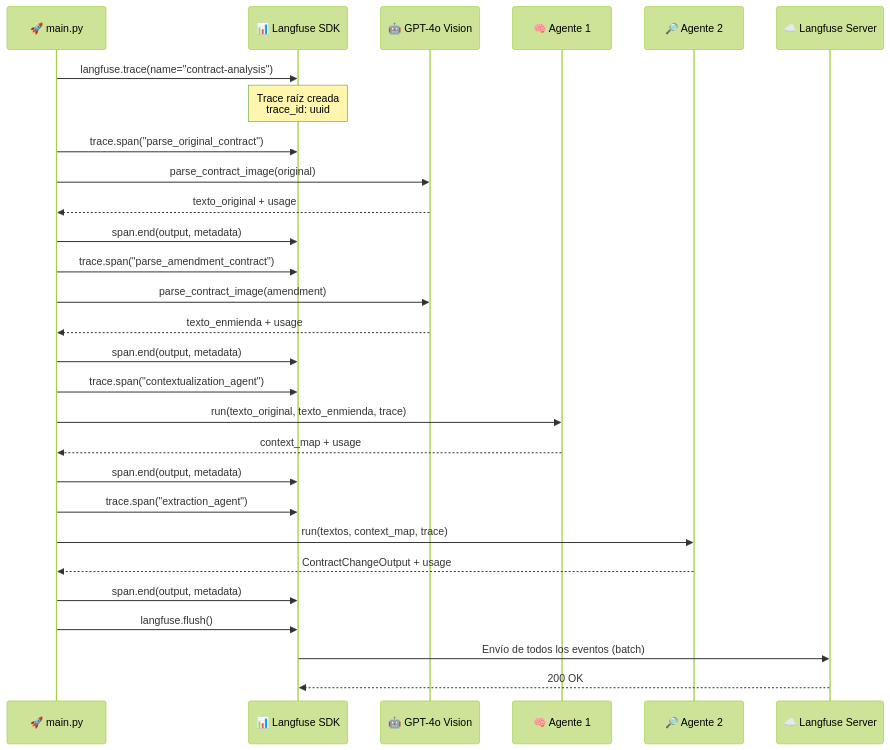
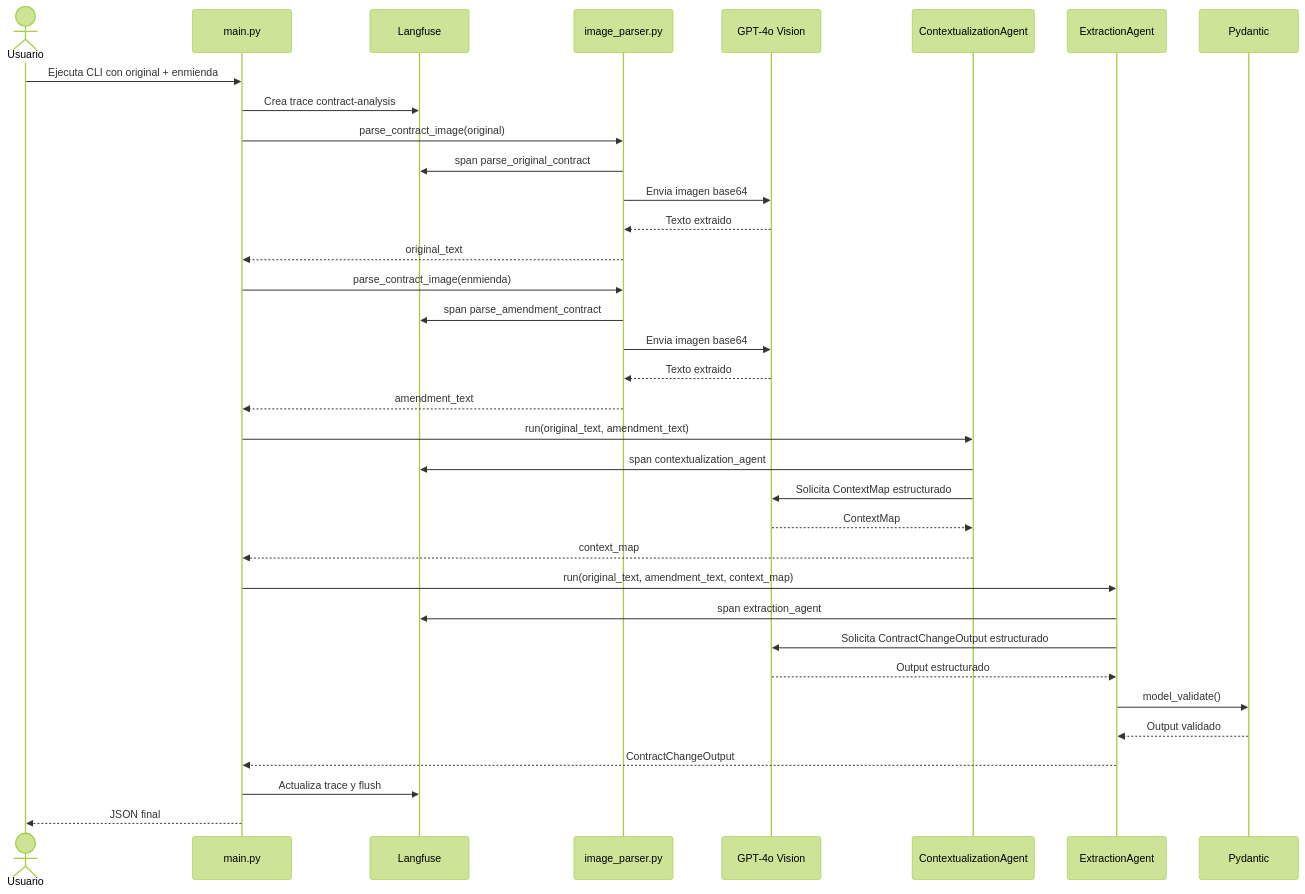
Before and after one commit to oriasmauro/henry-aem4: the second of 2 diagrams in README.md, drawn with Mermaid (forest theme). The commit also changed other lines of this file and 9 other files, not shown here.

````diff
--- a/README.md
+++ b/README.md
@@ -426,36 +66,43 @@
 ```mermaid
 sequenceDiagram
-    participant MAIN as 🚀 main.py
-    participant LF as 📊 Langfuse SDK
-    participant GPT as 🤖 GPT-4o Vision
-    participant AG1 as 🧠 Agente 1
-    participant AG2 as 🔎 Agente 2
-    participant SERVER as ☁️ Langfuse Server
+    actor U as Usuario
+    participant M as main.py
+    participant L as Langfuse
+    participant P as image_parser.py
+    participant O as GPT-4o Vision
+    participant C as ContextualizationAgent
+    participant E as ExtractionAgent
+    participant V as Pydantic
 
-    MAIN->>LF: langfuse.trace(name="contract-analysis")
-    Note over LF: Trace raíz creada<br/>trace_id: uuid
+    U->>M: Ejecuta CLI con original + enmienda
+    M->>L: Crea trace contract-analysis
 
-    MAIN->>LF: trace.span("parse_original_contract")
-    MAIN->>GPT: parse_contract_image(original)
-    GPT-->>MAIN: texto_original + usage
-    MAIN->>LF: span.end(output, metadata)
+    M->>P: parse_contract_image(original)
+    P->>L: span parse_original_contract
+    P->>O: Envia imagen base64
+    O-->>P: Texto extraido
+    P-->>M: original_text
 
-    MAIN->>LF: trace.span("parse_amendment_contract")
-    MAIN->>GPT: parse_contract_image(amendment)
-    GPT-->>MAIN: texto_enmienda + usage
-    MAIN->>LF: span.end(output, metadata)
+    M->>P: parse_contract_image(enmienda)
+    P->>L: span parse_amendment_contract
+    P->>O: Envia imagen base64
+    O-->>P: Texto extraido
+    P-->>M: amendment_text
 
-    MAIN->>LF: trace.span("contextualization_agent")
-    MAIN->>AG1: run(texto_original, texto_enmienda, trace)
-    AG1-->>MAIN: context_map + usage
-    MAIN->>LF: span.end(output, metadata)
+    M->>C: run(original_text, amendment_text)
+    C->>L: span contextualization_agent
+    C->>O: Solicita ContextMap estructurado
+    O-->>C: ContextMap
+    C-->>M: context_map
 
-    MAIN->>LF: trace.span("extraction_agent")
-    MAIN->>AG2: run(textos, context_map, trace)
-    AG2-->>MAIN: ContractChangeOutput + usage
-    MAIN->>LF: span.end(output, metadata)
+    M->>E: run(original_text, amendment_text, context_map)
+    E->>L: span extraction_agent
+    E->>O: Solicita ContractChangeOutput estructurado
+    O-->>E: Output estructurado
+    E->>V: model_validate()
+    V-->>E: Output validado
+    E-->>M: ContractChangeOutput
 
-    MAIN->>LF: langfuse.flush()
-    LF->>SERVER: Envío de todos los eventos (batch)
-    SERVER-->>LF: 200 OK
+    M->>L: Actualiza trace y flush
+    M-->>U: JSON final
 ```
````
